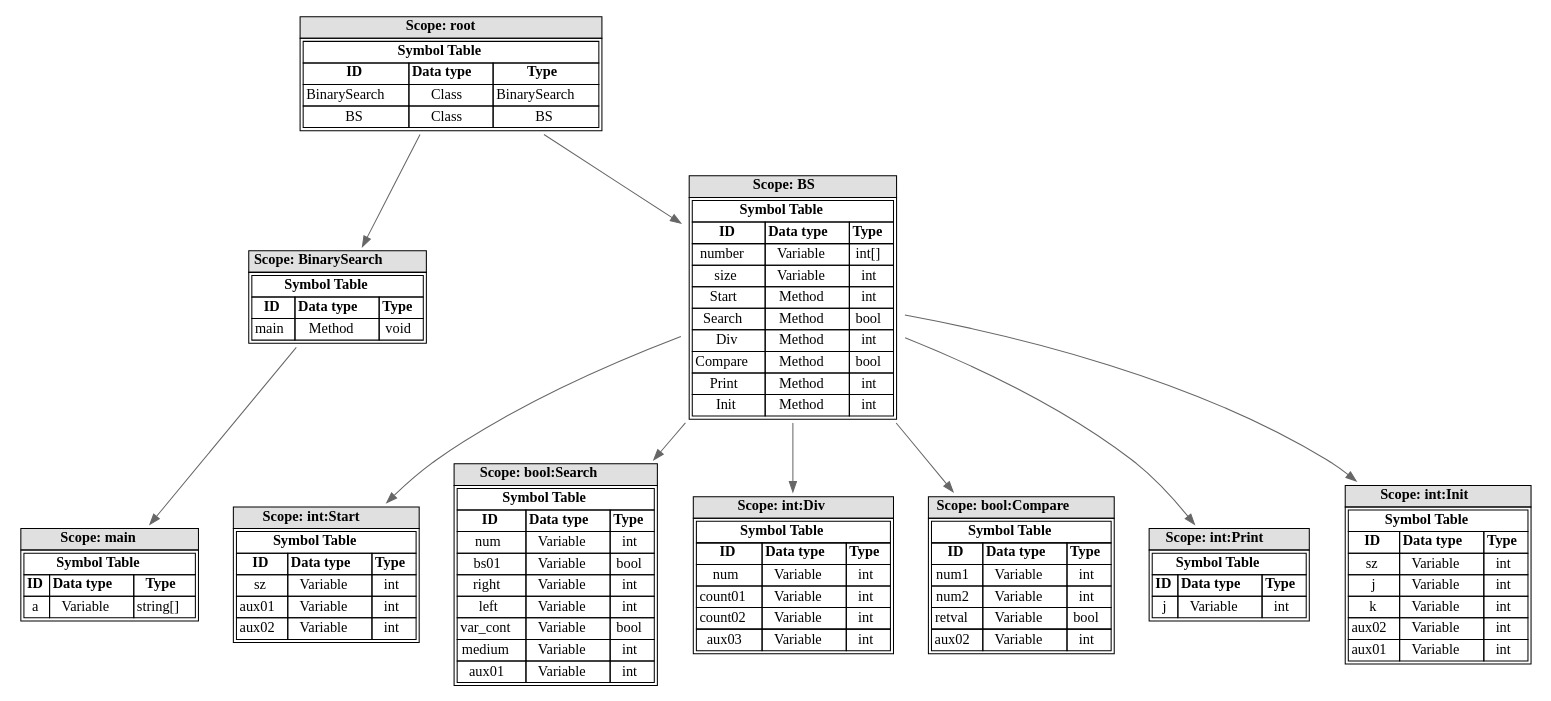
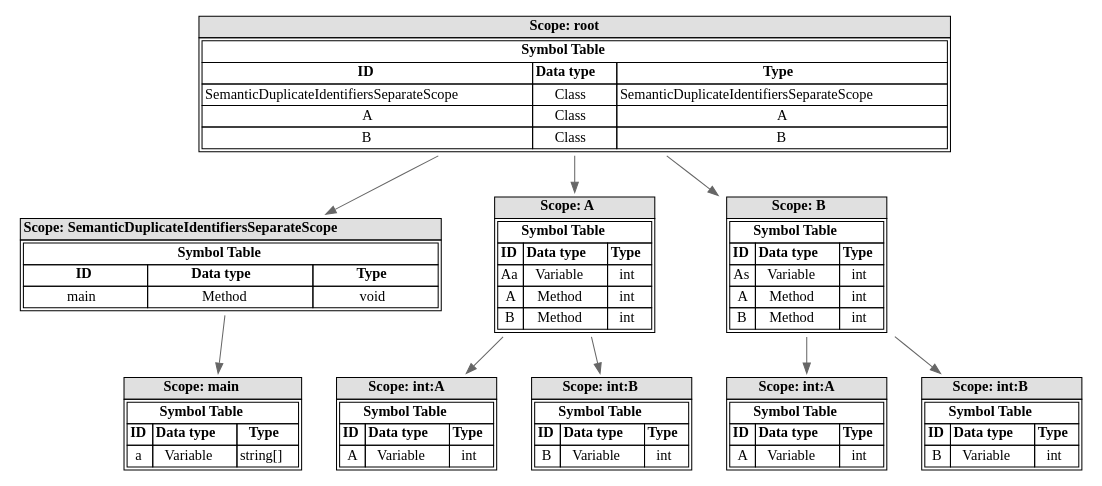
The diagram in DV1656/assignment2/symbol_table.dot (LajnaLegenden/BTH), drawn with Graphviz before and after one commit. The commit also changed 65 other files, not shown here.

```diff
--- a/DV1656/assignment2/symbol_table.dot
+++ b/DV1656/assignment2/symbol_table.dot
@@ -1,197 +1,143 @@
 digraph SymbolTable {
   node [shape=none];
   edge [color="#666666"];
   rankdir=TB;
 
-  scope_140725719652480 [label=<
+  scope_140723277797776 [label=<
     <table border='0' cellborder='1' cellspacing='0'>
       <tr><td bgcolor="#E0E0E0"><b>Scope: root</b></td></tr>
       <tr><td>
 <table border='0' cellborder='1' cellspacing='0'>
   <tr><td colspan='3'><b>Symbol Table</b></td></tr>
   <tr><td><b>ID</b></td><td><b>Data type</b></td><td><b>Type</b></td></tr>
-  <tr><td>BinarySearch</td>  <td>Class</td>
-<td>BinarySearch</td></tr>
-  <tr><td>BS</td>  <td>Class</td>
-<td>BS</td></tr>
+  <tr><td>SemanticDuplicateIdentifiersSeparateScope</td>  <td>Class</td>
+<td>SemanticDuplicateIdentifiersSeparateScope</td></tr>
+  <tr><td>A</td>  <td>Class</td>
+<td>A</td></tr>
+  <tr><td>B</td>  <td>Class</td>
+<td>B</td></tr>
 </table>      </td></tr>
     </table>
   >];
 
-  scope_127239968 [label=<
+  scope_115776160 [label=<
     <table border='0' cellborder='1' cellspacing='0'>
-      <tr><td bgcolor="#E0E0E0"><b>Scope: BinarySearch</b></td></tr>
+      <tr><td bgcolor="#E0E0E0"><b>Scope: SemanticDuplicateIdentifiersSeparateScope</b></td></tr>
       <tr><td>
 <table border='0' cellborder='1' cellspacing='0'>
   <tr><td colspan='3'><b>Symbol Table</b></td></tr>
   <tr><td><b>ID</b></td><td><b>Data type</b></td><td><b>Type</b></td></tr>
   <tr><td>main</td>  <td>Method</td>
 <td>void</td></tr>
 </table>      </td></tr>
     </table>
   >];
 
-  scope_140725719652480 -> scope_127239968;
-  scope_127240528 [label=<
+  scope_140723277797776 -> scope_115776160;
+  scope_115776816 [label=<
     <table border='0' cellborder='1' cellspacing='0'>
-      <tr><td bgcolor="#E0E0E0"><b>Scope: BS</b></td></tr>
+      <tr><td bgcolor="#E0E0E0"><b>Scope: A</b></td></tr>
       <tr><td>
 <table border='0' cellborder='1' cellspacing='0'>
   <tr><td colspan='3'><b>Symbol Table</b></td></tr>
   <tr><td><b>ID</b></td><td><b>Data type</b></td><td><b>Type</b></td></tr>
-  <tr><td>number</td>  <td>Variable</td>
-<td>int[]</td></tr>
-  <tr><td>size</td>  <td>Variable</td>
+  <tr><td>Aa</td>  <td>Variable</td>
 <td>int</td></tr>
-  <tr><td>Start</td>  <td>Method</td>
+  <tr><td>A</td>  <td>Method</td>
 <td>int</td></tr>
-  <tr><td>Search</td>  <td>Method</td>
-<td>bool</td></tr>
-  <tr><td>Div</td>  <td>Method</td>
-<td>int</td></tr>
-  <tr><td>Compare</td>  <td>Method</td>
-<td>bool</td></tr>
-  <tr><td>Print</td>  <td>Method</td>
-<td>int</td></tr>
-  <tr><td>Init</td>  <td>Method</td>
+  <tr><td>B</td>  <td>Method</td>
 <td>int</td></tr>
 </table>      </td></tr>
     </table>
   >];
 
-  scope_140725719652480 -> scope_127240528;
-  scope_127240192 [label=<
+  scope_140723277797776 -> scope_115776816;
+  scope_115778176 [label=<
+    <table border='0' cellborder='1' cellspacing='0'>
+      <tr><td bgcolor="#E0E0E0"><b>Scope: B</b></td></tr>
+      <tr><td>
+<table border='0' cellborder='1' cellspacing='0'>
+  <tr><td colspan='3'><b>Symbol Table</b></td></tr>
+  <tr><td><b>ID</b></td><td><b>Data type</b></td><td><b>Type</b></td></tr>
+  <tr><td>As</td>  <td>Variable</td>
+<td>int</td></tr>
+  <tr><td>A</td>  <td>Method</td>
+<td>int</td></tr>
+  <tr><td>B</td>  <td>Method</td>
+<td>int</td></tr>
+</table>      </td></tr>
+    </table>
+  >];
+
+  scope_140723277797776 -> scope_115778176;
+  scope_115776448 [label=<
     <table border='0' cellborder='1' cellspacing='0'>
       <tr><td bgcolor="#E0E0E0"><b>Scope: main</b></td></tr>
       <tr><td>
 <table border='0' cellborder='1' cellspacing='0'>
   <tr><td colspan='3'><b>Symbol Table</b></td></tr>
   <tr><td><b>ID</b></td><td><b>Data type</b></td><td><b>Type</b></td></tr>
   <tr><td>a</td>  <td>Variable</td>
 <td>string[]</td></tr>
 </table>      </td></tr>
     </table>
   >];
 
-  scope_127239968 -> scope_127240192;
-  scope_127240080 [label=<
+  scope_115776160 -> scope_115776448;
+  scope_115777168 [label=<
     <table border='0' cellborder='1' cellspacing='0'>
-      <tr><td bgcolor="#E0E0E0"><b>Scope: int:Start</b></td></tr>
+      <tr><td bgcolor="#E0E0E0"><b>Scope: int:A</b></td></tr>
       <tr><td>
 <table border='0' cellborder='1' cellspacing='0'>
   <tr><td colspan='3'><b>Symbol Table</b></td></tr>
   <tr><td><b>ID</b></td><td><b>Data type</b></td><td><b>Type</b></td></tr>
-  <tr><td>sz</td>  <td>Variable</td>
-<td>int</td></tr>
-  <tr><td>aux01</td>  <td>Variable</td>
-<td>int</td></tr>
-  <tr><td>aux02</td>  <td>Variable</td>
+  <tr><td>A</td>  <td>Variable</td>
 <td>int</td></tr>
 </table>      </td></tr>
     </table>
   >];
 
-  scope_127240528 -> scope_127240080;
-  scope_127241504 [label=<
+  scope_115776816 -> scope_115777168;
+  scope_115777520 [label=<
     <table border='0' cellborder='1' cellspacing='0'>
-      <tr><td bgcolor="#E0E0E0"><b>Scope: bool:Search</b></td></tr>
+      <tr><td bgcolor="#E0E0E0"><b>Scope: int:B</b></td></tr>
       <tr><td>
 <table border='0' cellborder='1' cellspacing='0'>
   <tr><td colspan='3'><b>Symbol Table</b></td></tr>
   <tr><td><b>ID</b></td><td><b>Data type</b></td><td><b>Type</b></td></tr>
-  <tr><td>num</td>  <td>Variable</td>
-<td>int</td></tr>
-  <tr><td>bs01</td>  <td>Variable</td>
-<td>bool</td></tr>
-  <tr><td>right</td>  <td>Variable</td>
-<td>int</td></tr>
-  <tr><td>left</td>  <td>Variable</td>
-<td>int</td></tr>
-  <tr><td>var_cont</td>  <td>Variable</td>
-<td>bool</td></tr>
-  <tr><td>medium</td>  <td>Variable</td>
-<td>int</td></tr>
-  <tr><td>aux01</td>  <td>Variable</td>
+  <tr><td>B</td>  <td>Variable</td>
 <td>int</td></tr>
 </table>      </td></tr>
     </table>
   >];
 
-  scope_127240528 -> scope_127241504;
-  scope_127242016 [label=<
+  scope_115776816 -> scope_115777520;
+  scope_115778800 [label=<
     <table border='0' cellborder='1' cellspacing='0'>
-      <tr><td bgcolor="#E0E0E0"><b>Scope: int:Div</b></td></tr>
+      <tr><td bgcolor="#E0E0E0"><b>Scope: int:A</b></td></tr>
       <tr><td>
 <table border='0' cellborder='1' cellspacing='0'>
   <tr><td colspan='3'><b>Symbol Table</b></td></tr>
   <tr><td><b>ID</b></td><td><b>Data type</b></td><td><b>Type</b></td></tr>
-  <tr><td>num</td>  <td>Variable</td>
-<td>int</td></tr>
-  <tr><td>count01</td>  <td>Variable</td>
-<td>int</td></tr>
-  <tr><td>count02</td>  <td>Variable</td>
-<td>int</td></tr>
-  <tr><td>aux03</td>  <td>Variable</td>
+  <tr><td>A</td>  <td>Variable</td>
 <td>int</td></tr>
 </table>      </td></tr>
     </table>
   >];
 
-  scope_127240528 -> scope_127242016;
-  scope_127244144 [label=<
+  scope_115778176 -> scope_115778800;
+  scope_115778960 [label=<
     <table border='0' cellborder='1' cellspacing='0'>
-      <tr><td bgcolor="#E0E0E0"><b>Scope: bool:Compare</b></td></tr>
+      <tr><td bgcolor="#E0E0E0"><b>Scope: int:B</b></td></tr>
       <tr><td>
 <table border='0' cellborder='1' cellspacing='0'>
   <tr><td colspan='3'><b>Symbol Table</b></td></tr>
   <tr><td><b>ID</b></td><td><b>Data type</b></td><td><b>Type</b></td></tr>
-  <tr><td>num1</td>  <td>Variable</td>
-<td>int</td></tr>
-  <tr><td>num2</td>  <td>Variable</td>
-<td>int</td></tr>
-  <tr><td>retval</td>  <td>Variable</td>
-<td>bool</td></tr>
-  <tr><td>aux02</td>  <td>Variable</td>
+  <tr><td>B</td>  <td>Variable</td>
 <td>int</td></tr>
 </table>      </td></tr>
     </table>
   >];
 
-  scope_127240528 -> scope_127244144;
-  scope_127244256 [label=<
-    <table border='0' cellborder='1' cellspacing='0'>
-      <tr><td bgcolor="#E0E0E0"><b>Scope: int:Print</b></td></tr>
-      <tr><td>
-<table border='0' cellborder='1' cellspacing='0'>
-  <tr><td colspan='3'><b>Symbol Table</b></td></tr>
-  <tr><td><b>ID</b></td><td><b>Data type</b></td><td><b>Type</b></td></tr>
-  <tr><td>j</td>  <td>Variable</td>
-<td>int</td></tr>
-</table>      </td></tr>
-    </table>
-  >];
-
-  scope_127240528 -> scope_127244256;
-  scope_127244560 [label=<
-    <table border='0' cellborder='1' cellspacing='0'>
-      <tr><td bgcolor="#E0E0E0"><b>Scope: int:Init</b></td></tr>
-      <tr><td>
-<table border='0' cellborder='1' cellspacing='0'>
-  <tr><td colspan='3'><b>Symbol Table</b></td></tr>
-  <tr><td><b>ID</b></td><td><b>Data type</b></td><td><b>Type</b></td></tr>
-  <tr><td>sz</td>  <td>Variable</td>
-<td>int</td></tr>
-  <tr><td>j</td>  <td>Variable</td>
-<td>int</td></tr>
-  <tr><td>k</td>  <td>Variable</td>
-<td>int</td></tr>
-  <tr><td>aux02</td>  <td>Variable</td>
-<td>int</td></tr>
-  <tr><td>aux01</td>  <td>Variable</td>
-<td>int</td></tr>
-</table>      </td></tr>
-    </table>
-  >];
-
-  scope_127240528 -> scope_127244560;
+  scope_115778176 -> scope_115778960;
 }
```
